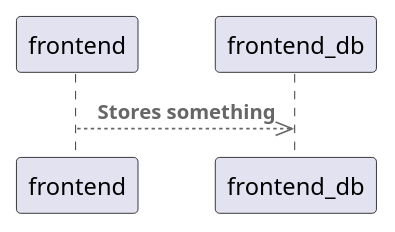
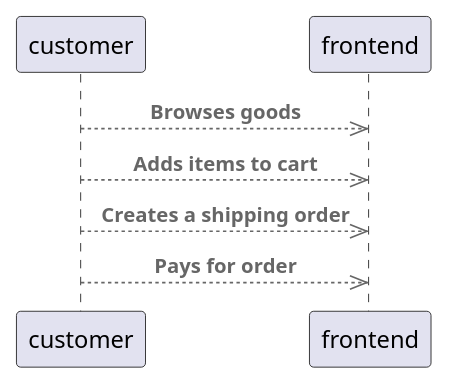
Before and after one commit to acme-corp-tech/frontend: the diagram in resources/diagrams/frontend_relations.puml, drawn with PlantUML. The commit also changed 1 other file, not shown here.

Commit message:
Update diagrams

```diff
--- a/resources/diagrams/frontend_relations.puml
+++ b/resources/diagrams/frontend_relations.puml
@@ -1,6 +1,9 @@
 @startuml "frontend_relations"
 !include https://raw.githubusercontent.com/plantuml-stdlib/C4-PlantUML/master/C4_Container.puml
 
-Rel(frontend, frontend_db, "Stores something")
+Rel(customer, frontend, "Browses goods")
+Rel(customer, frontend, "Adds items to cart")
+Rel(customer, frontend, "Creates a shipping order")
+Rel(customer, frontend, "Pays for order")
 
 @enduml
```
